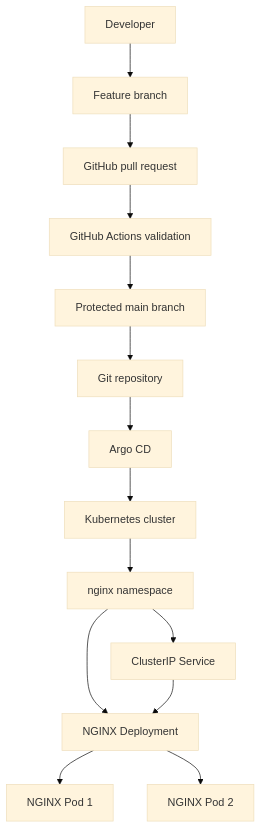
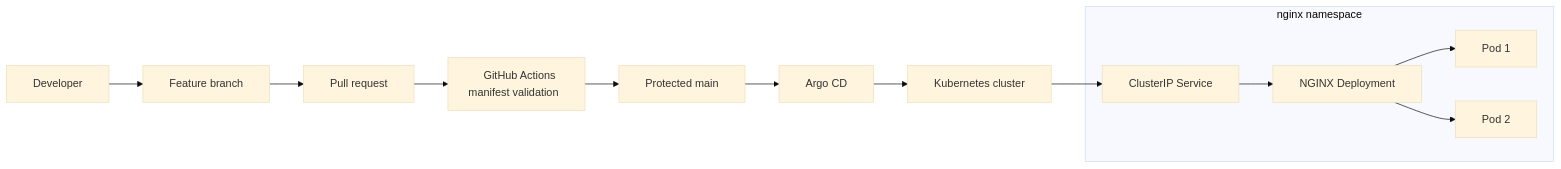
The diagram in README.md (AZ1600/platform-engineering-gitops-argocd), drawn with Mermaid (base theme) before and after one commit. The commit also changed other lines of this file, not shown here.

Commit message:
Add architecture and portfolio evidence

````diff
--- a/README.md
+++ b/README.md
@@ -15,17 +15,30 @@
 ```mermaid
-flowchart TD
-    DEV["Developer"] --> BRANCH["Feature branch"]
-    BRANCH --> PR["GitHub pull request"]
-    PR --> CI["GitHub Actions validation"]
-    CI --> RULES["Protected main branch"]
-    RULES --> REPO["Git repository"]
-    REPO --> ARGO["Argo CD"]
-    ARGO --> CLUSTER["Kubernetes cluster"]
+flowchart LR
+    DEV["&nbsp;&nbsp;Developer&nbsp;&nbsp;"]
+    BRANCH["&nbsp;&nbsp;Feature branch&nbsp;&nbsp;"]
+    PR["&nbsp;&nbsp;Pull request&nbsp;&nbsp;"]
+    CI["&nbsp;&nbsp;GitHub Actions<br/>manifest validation&nbsp;&nbsp;"]
+    MAIN["&nbsp;&nbsp;Protected main&nbsp;&nbsp;"]
+    ARGO["&nbsp;&nbsp;Argo CD&nbsp;&nbsp;"]
+    K8S["&nbsp;&nbsp;Kubernetes cluster&nbsp;&nbsp;"]
 
-    CLUSTER --> NS["nginx namespace"]
-    NS --> DEPLOY["NGINX Deployment"]
-    DEPLOY --> POD1["NGINX Pod 1"]
-    DEPLOY --> POD2["NGINX Pod 2"]
-    NS --> SERVICE["ClusterIP Service"]
-    SERVICE --> DEPLOY
+    DEV --> BRANCH
+    BRANCH --> PR
+    PR --> CI
+    CI --> MAIN
+    MAIN --> ARGO
+    ARGO --> K8S
+
+    subgraph NS["nginx namespace"]
+        SVC["&nbsp;&nbsp;ClusterIP Service&nbsp;&nbsp;"]
+        DEP["&nbsp;&nbsp;NGINX Deployment&nbsp;&nbsp;"]
+        POD1["&nbsp;&nbsp;Pod 1&nbsp;&nbsp;"]
+        POD2["&nbsp;&nbsp;Pod 2&nbsp;&nbsp;"]
+
+        SVC --> DEP
+        DEP --> POD1
+        DEP --> POD2
+    end
+
+    K8S --> SVC
 ```
````
